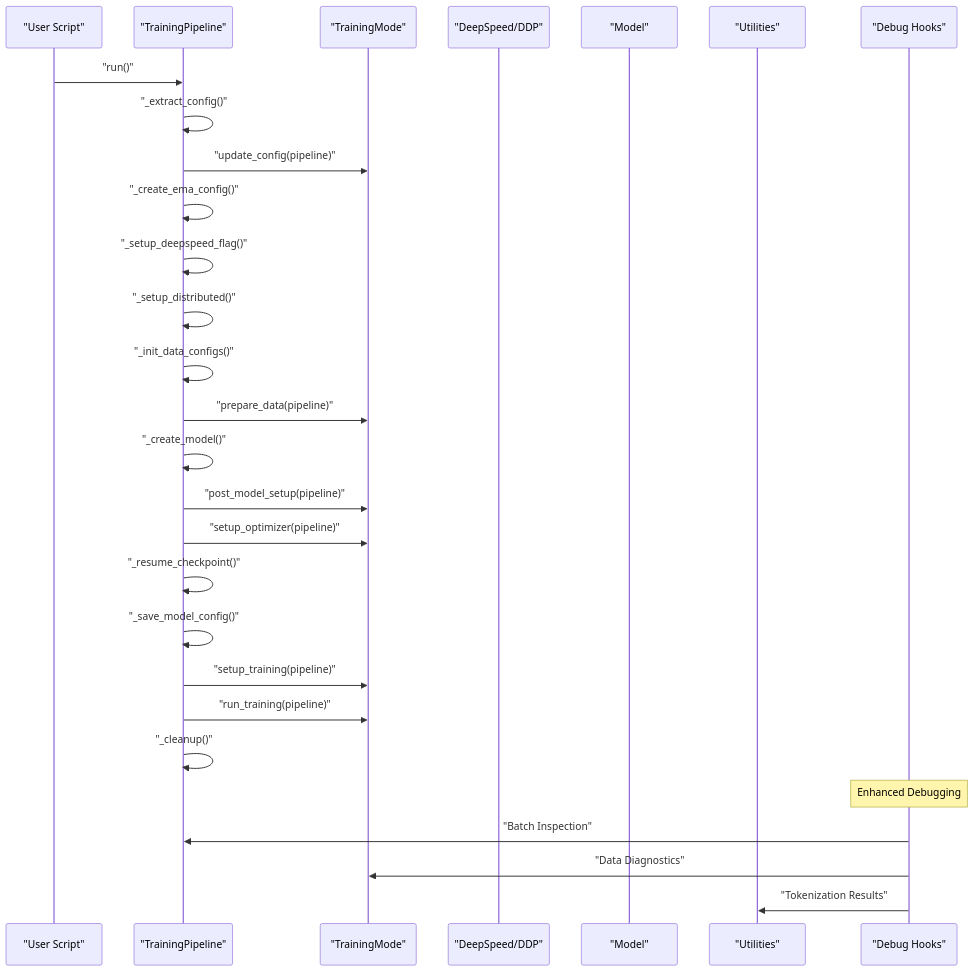
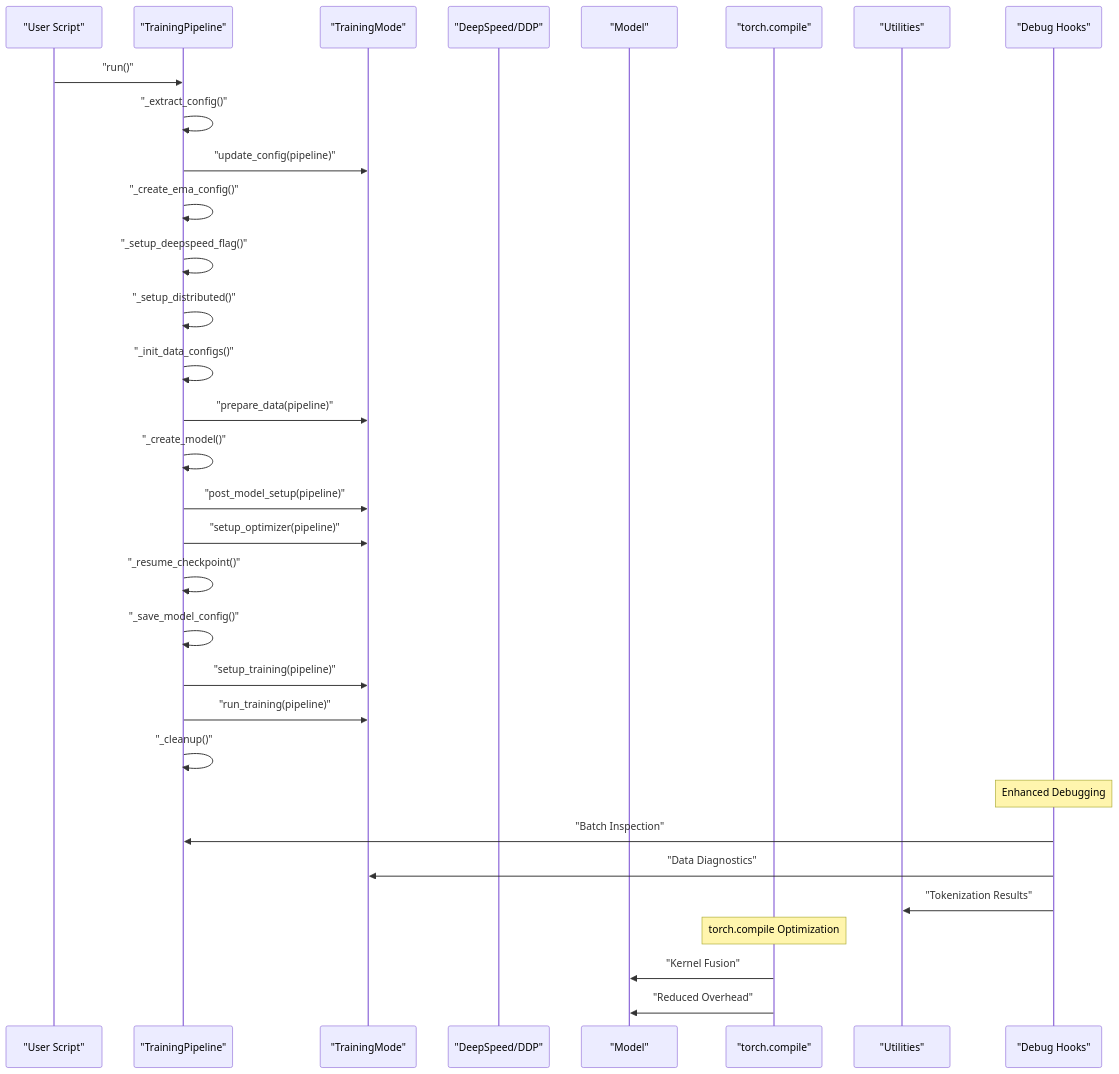
One commit to alibaba/graph-gpt changed the second of 7 diagrams in .qoder/repowiki/en/content/Training Pipeline/Training Pipeline.md. Above: the diagram before and after it, drawn with Mermaid. The commit also changed other lines of this file and 2 other files, not shown here.

````diff
--- a/.qoder/repowiki/en/content/Training Pipeline/Training Pipeline.md
+++ b/.qoder/repowiki/en/content/Training Pipeline/Training Pipeline.md
@@ -154,30 +159,34 @@
 ```mermaid
 sequenceDiagram
 participant User as "User Script"
 participant TP as "TrainingPipeline"
 participant Mode as "TrainingMode"
 participant DS as "DeepSpeed/DDP"
 participant Model as "Model"
+participant TC as "torch.compile"
 participant Utils as "Utilities"
 participant Debug as "Debug Hooks"
 User->>TP : "run()"
 TP->>TP : "_extract_config()"
 TP->>Mode : "update_config(pipeline)"
 TP->>TP : "_create_ema_config()"
 TP->>TP : "_setup_deepspeed_flag()"
 TP->>TP : "_setup_distributed()"
 TP->>TP : "_init_data_configs()"
 TP->>Mode : "prepare_data(pipeline)"
 TP->>TP : "_create_model()"
 TP->>Mode : "post_model_setup(pipeline)"
 TP->>Mode : "setup_optimizer(pipeline)"
 TP->>TP : "_resume_checkpoint()"
 TP->>TP : "_save_model_config()"
 TP->>Mode : "setup_training(pipeline)"
 TP->>Mode : "run_training(pipeline)"
 TP->>TP : "_cleanup()"
 Note over Debug : Enhanced Debugging
 Debug->>TP : "Batch Inspection"
 Debug->>Mode : "Data Diagnostics"
 Debug->>Utils : "Tokenization Results"
+Note over TC : torch.compile Optimization
+TC->>Model : "Kernel Fusion"
+TC->>Model : "Reduced Overhead"
 ```
````
